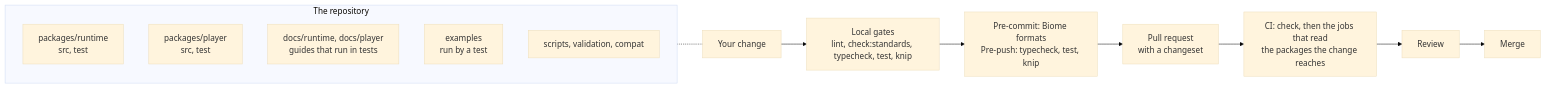
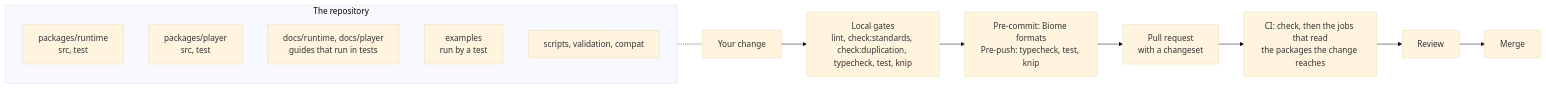
One commit to assesskit/assesskit changed the diagram in CONTRIBUTING.md. Above: the diagram before and after it, drawn with Mermaid (base theme). The commit also changed other lines of this file and 22 other files, not shown here.

````diff
--- a/CONTRIBUTING.md
+++ b/CONTRIBUTING.md
@@ -6,17 +6,17 @@
 ```mermaid
 flowchart LR
   subgraph repo["The repository"]
     runtime["packages/runtime<br/>src, test"]
     player["packages/player<br/>src, test"]
     docs["docs/runtime, docs/player<br/>guides that run in tests"]
     examples["examples<br/>run by a test"]
     tooling["scripts, validation, compat"]
   end
-  change["Your change"] --> local["Local gates<br/>lint, check:standards, typecheck, test, knip"]
+  change["Your change"] --> local["Local gates<br/>lint, check:standards, check:duplication, typecheck, test, knip"]
   local --> hooks["Pre-commit: Biome formats<br/>Pre-push: typecheck, test, knip"]
   hooks --> pr["Pull request<br/>with a changeset"]
   pr --> ci["CI: check, then the jobs that read<br/>the packages the change reaches"]
   ci --> review["Review"]
   review --> merge["Merge"]
   repo -.- change
 ```
````
